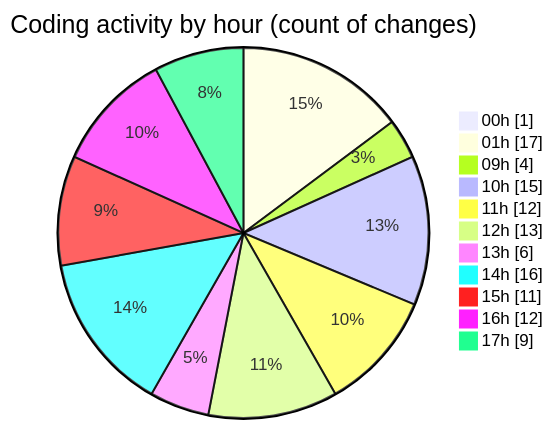
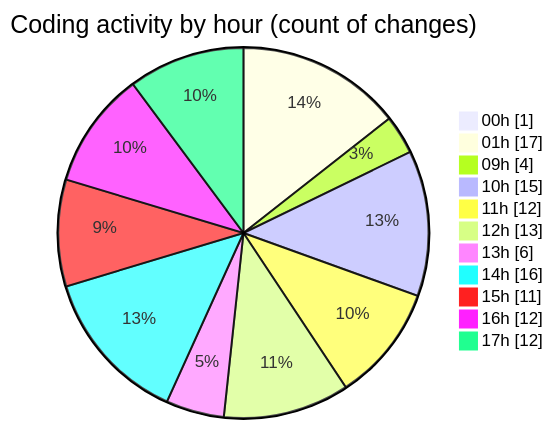
One commit to julien-gomy/code-tracking changed the second of 2 diagrams in 2025-11-01/cdp_aleoudev_fr__workspace_/README.md. Above: the diagram before and after it, drawn with Mermaid. The commit also changed other lines of this file and 1 other file, not shown here.

````diff
--- a/2025-11-01/cdp_aleoudev_fr__workspace_/README.md
+++ b/2025-11-01/cdp_aleoudev_fr__workspace_/README.md
@@ -45,15 +45,15 @@
 ```mermaid
 pie showData
 title Coding activity by hour (count of changes)
 "00h" : 1
 "01h" : 17
 "09h" : 4
 "10h" : 15
 "11h" : 12
 "12h" : 13
 "13h" : 6
 "14h" : 16
 "15h" : 11
 "16h" : 12
-"17h" : 9
+"17h" : 12
 ```
````
